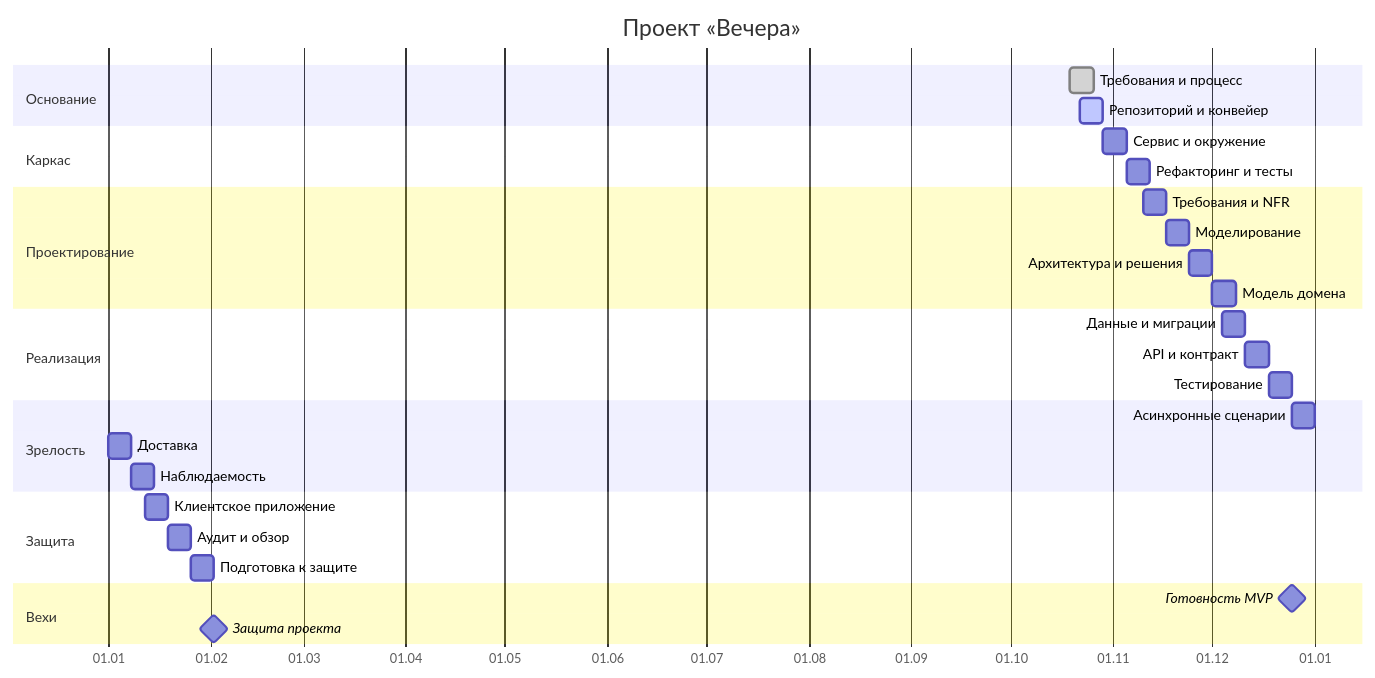
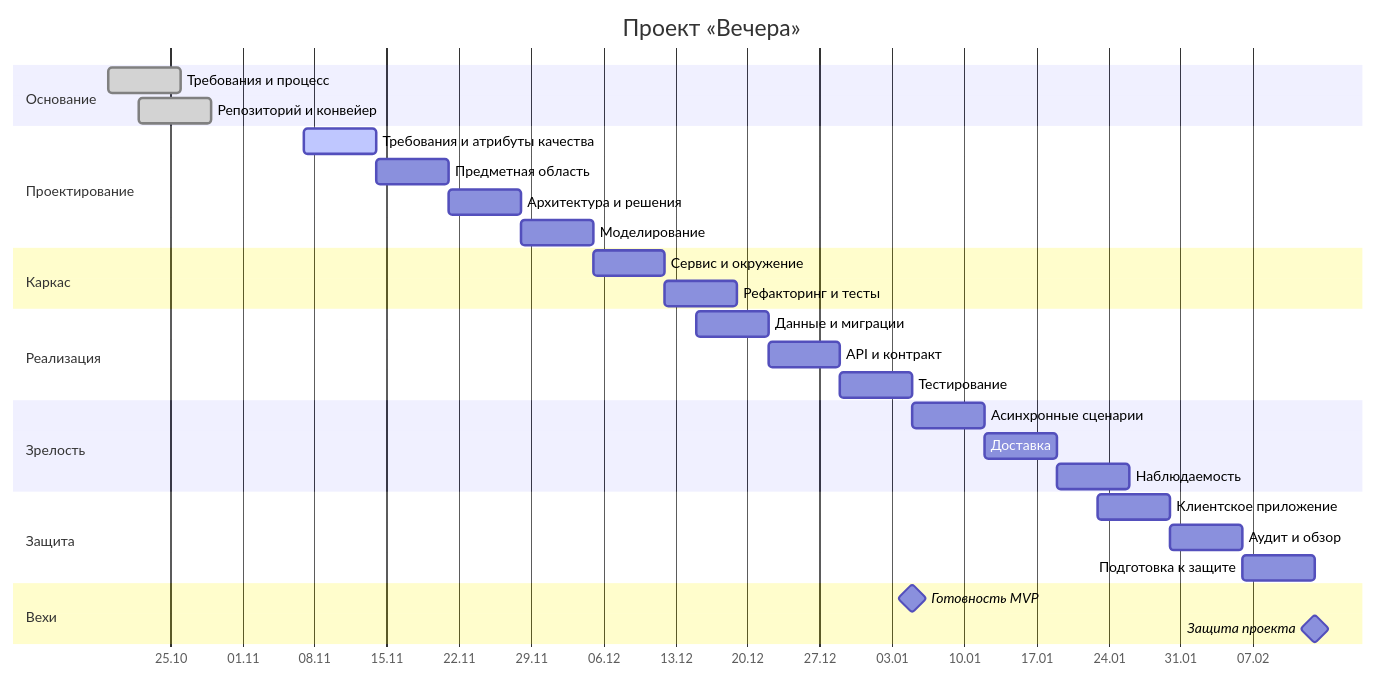
One commit to Respawn2/dance-evening changed the diagram in docs/gantt.md. Above: the diagram before and after it, drawn with Mermaid. The commit also changed other lines of this file and 77 other files, not shown here.

````diff
--- a/docs/gantt.md
+++ b/docs/gantt.md
@@ -12,39 +17,39 @@
 ```mermaid
 gantt
     title Проект «Вечера»
     dateFormat YYYY-MM-DD
     axisFormat %d.%m
 
     section Основание
     Требования и процесс      :done, m01, 2026-10-19, 7d
-    Репозиторий и конвейер    :active, m02, 2026-10-22, 7d
+    Репозиторий и конвейер    :done, m02, 2026-10-22, 7d
+
+    section Проектирование
+    Требования и атрибуты качества :active, m03, 2026-11-07, 7d
+    Предметная область             :m04, 2026-11-14, 7d
+    Архитектура и решения          :m05, 2026-11-21, 7d
+    Моделирование                  :m06, 2026-11-28, 7d
 
     section Каркас
-    Сервис и окружение        :m03, 2026-10-29, 7d
-    Рефакторинг и тесты       :m04, 2026-11-05, 7d
-
-    section Проектирование
-    Требования и NFR          :m05, 2026-11-10, 7d
-    Моделирование             :m06, 2026-11-17, 7d
-    Архитектура и решения     :m07, 2026-11-24, 7d
-    Модель домена             :m08, 2026-12-01, 7d
+    Сервис и окружение        :m07, 2026-12-05, 7d
+    Рефакторинг и тесты       :m08, 2026-12-12, 7d
 
     section Реализация
-    Данные и миграции         :m09, 2026-12-04, 7d
-    API и контракт            :m10, 2026-12-11, 7d
-    Тестирование              :m11, 2026-12-18, 7d
+    Данные и миграции         :m09, 2026-12-15, 7d
+    API и контракт            :m10, 2026-12-22, 7d
+    Тестирование              :m11, 2026-12-29, 7d
 
     section Зрелость
-    Асинхронные сценарии      :m12, 2026-12-25, 7d
-    Доставка                  :m13, 2026-01-01, 7d
-    Наблюдаемость             :m14, 2026-01-08, 7d
+    Асинхронные сценарии      :m12, 2027-01-05, 7d
+    Доставка                  :m13, 2027-01-12, 7d
+    Наблюдаемость             :m14, 2027-01-19, 7d
 
     section Защита
-    Клиентское приложение     :m15, 2026-01-12, 7d
-    Аудит и обзор             :m16, 2026-01-19, 7d
-    Подготовка к защите       :m17, 2026-01-26, 7d
+    Клиентское приложение     :m15, 2027-01-23, 7d
+    Аудит и обзор             :m16, 2027-01-30, 7d
+    Подготовка к защите       :m17, 2027-02-06, 7d
 
     section Вехи
-    Готовность MVP            :milestone, mvp, 2026-12-25, 0d
-    Защита проекта            :milestone, final, 2026-02-02, 0d
+    Готовность MVP            :milestone, mvp, 2027-01-05, 0d
+    Защита проекта            :milestone, final, 2027-02-13, 0d
 ```
````
